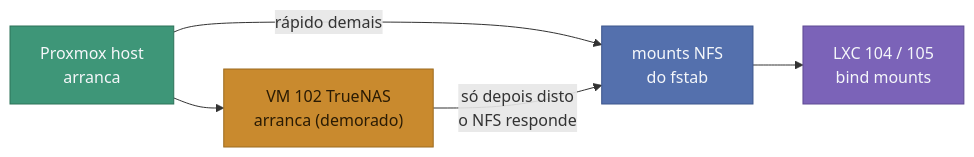
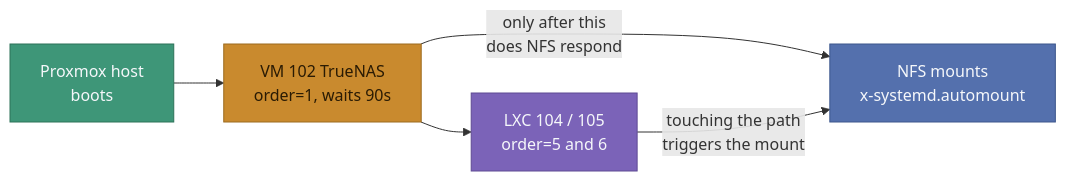
The second of 2 diagrams in docs/STORAGE.md (RuiGRMargarido/homelab), drawn with Mermaid before and after one commit. The commit also changed other lines of this file, not shown here.

````diff
--- a/docs/STORAGE.md
+++ b/docs/STORAGE.md
@@ -126,17 +128,17 @@
 ```mermaid
 flowchart LR
-    A["Proxmox host<br/>arranca"]:::ok
-    B["VM 102 TrueNAS<br/>arranca (demorado)"]:::lento
-    C["mounts NFS<br/>do fstab"]:::mount
-    D["LXC 104 / 105<br/>bind mounts"]:::lxc
+    A["Proxmox host<br/>boots"]:::ok
+    B["VM 102 TrueNAS<br/>order=1, waits 90s"]:::lento
+    C["NFS mounts<br/>x-systemd.automount"]:::mount
+    D["LXC 104 / 105<br/>order=5 and 6"]:::lxc
 
     A --> B
-    A -- "rápido demais" --> C
-    B -- "só depois disto<br/>o NFS responde" --> C
-    C --> D
+    B -- "only after this<br/>does NFS respond" --> C
+    D -- "touching the path<br/>triggers the mount" --> C
+    B --> D
 
     classDef ok fill:#3E9678,stroke:#2C7259,color:#F5F7FA
     classDef lento fill:#C98A2E,stroke:#9C6B1F,color:#2A1B04
     classDef mount fill:#5470AD,stroke:#3C568C,color:#F5F7FA
     classDef lxc fill:#7B63B8,stroke:#5E4A93,color:#F5F7FA
 ```
````
